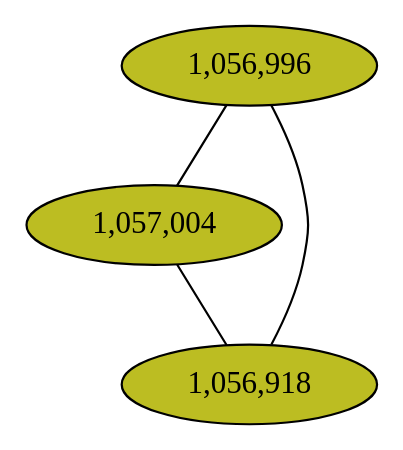
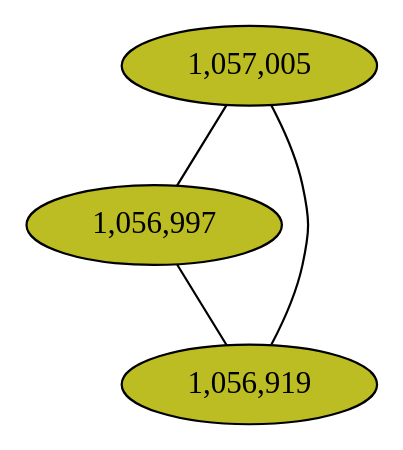
The diagram in notebooks/graphs/CAMP_cc7.gv (fedarko/sheepgut), drawn with Graphviz before and after one commit. The commit also changed 60 other files, not shown here.

First line of the commit message:
1-index positions in nx graphs

```diff
--- a/notebooks/graphs/CAMP_cc7.gv
+++ b/notebooks/graphs/CAMP_cc7.gv
@@ -1,10 +1,10 @@
 graph CAMP_cc7 {
 	overlap="prism50";
 	outputorder="edgesfirst";
-	"1,056,996" [style="filled", fillcolor="#bcbd22", fontcolor="#000000"];
-	"1,057,004" [style="filled", fillcolor="#bcbd22", fontcolor="#000000"];
-	"1,056,918" [style="filled", fillcolor="#bcbd22", fontcolor="#000000"];
-	"1,056,996" -- "1,056,918";
-	"1,056,996" -- "1,057,004";
-	"1,057,004" -- "1,056,918";
+	"1,057,005" [style="filled", fillcolor="#bcbd22", fontcolor="#000000"];
+	"1,056,997" [style="filled", fillcolor="#bcbd22", fontcolor="#000000"];
+	"1,056,919" [style="filled", fillcolor="#bcbd22", fontcolor="#000000"];
+	"1,057,005" -- "1,056,919";
+	"1,057,005" -- "1,056,997";
+	"1,056,997" -- "1,056,919";
 }
```
